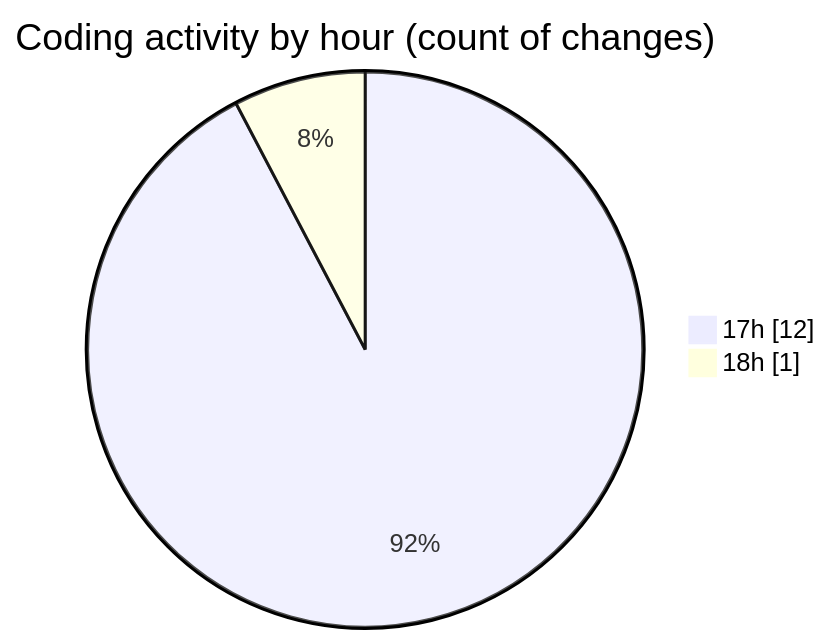
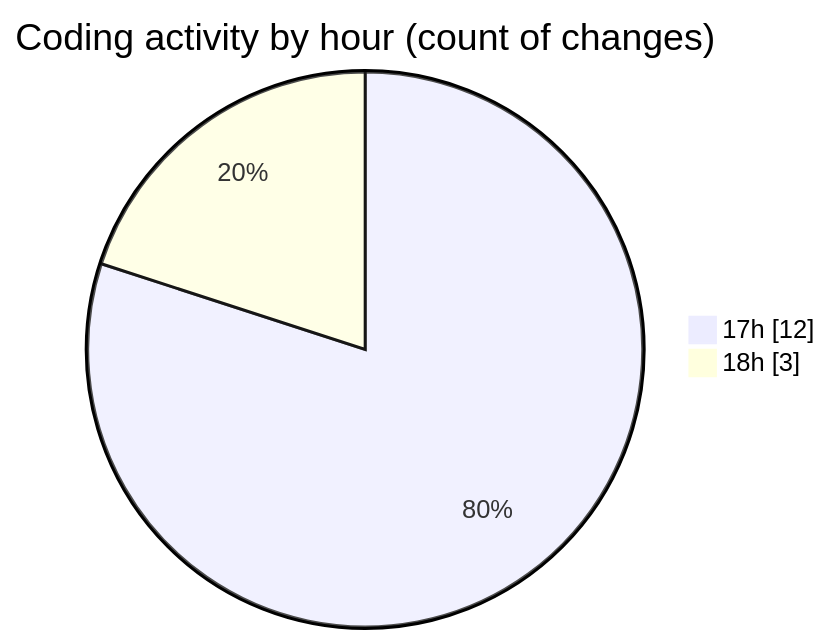
Before and after one commit to donsfak/code-tracking: the second of 2 diagrams in 2025-02-16/uber_clone/README.md, drawn with Mermaid. The commit also changed other lines of this file and 1 other file, not shown here.

````diff
--- a/2025-02-16/uber_clone/README.md
+++ b/2025-02-16/uber_clone/README.md
@@ -36,6 +37,6 @@
 ```mermaid
 pie showData
 title Coding activity by hour (count of changes)
 "17h" : 12
-"18h" : 1
+"18h" : 3
 ```
````
